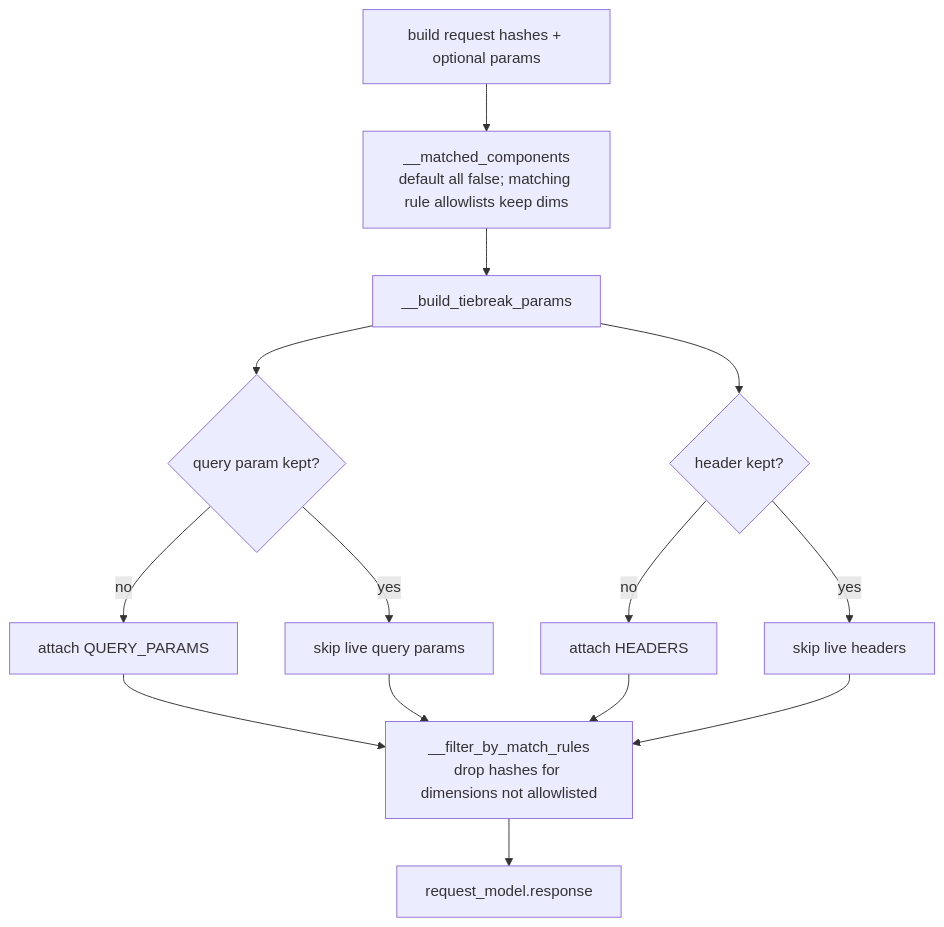
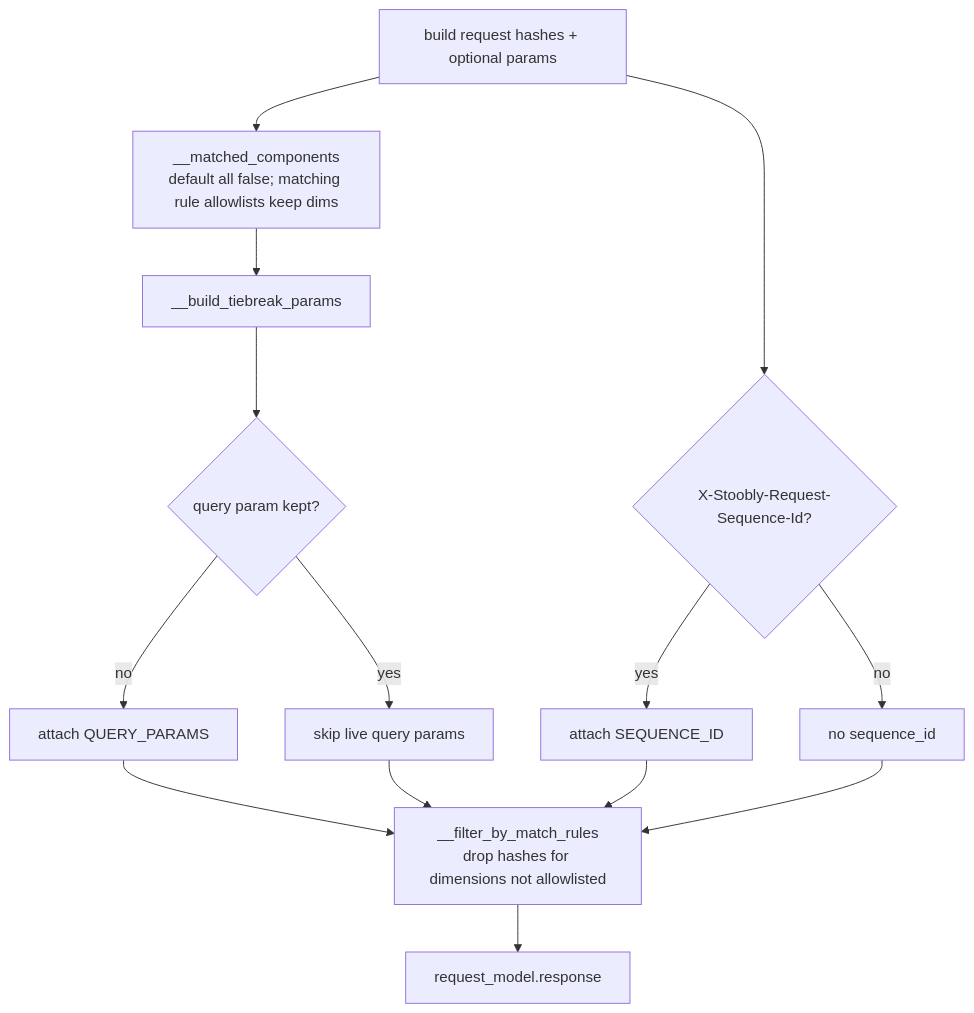
The third of 3 diagrams in docs/mock-request-matching.md (Stoobly/stoobly-agent), drawn with Mermaid before and after one commit. The commit also changed other lines of this file and 19 other files, not shown here.

Commit message:
Support request sequence_id column and tiebreak by sequence id

````diff
--- a/docs/mock-request-matching.md
+++ b/docs/mock-request-matching.md
@@ -159,19 +164,19 @@
 ```mermaid
 flowchart TB
   Build["build request hashes + optional params"]
   Keep["__matched_components<br/>default all false; matching rule allowlists keep dims"]
   Build --> Keep
   Keep --> TB["__build_tiebreak_params"]
   TB --> QP{query param kept?}
   QP -->|no| LQP[attach QUERY_PARAMS]
   QP -->|yes| SkipQ[skip live query params]
-  TB --> HD{header kept?}
-  HD -->|no| LH[attach HEADERS]
-  HD -->|yes| SkipH[skip live headers]
+  Build --> Seq{X-Stoobly-Request-Sequence-Id?}
+  Seq -->|yes| LS[attach SEQUENCE_ID]
+  Seq -->|no| SkipS[no sequence_id]
   LQP --> Filter
   SkipQ --> Filter
-  LH --> Filter
-  SkipH --> Filter
+  LS --> Filter
+  SkipS --> Filter
   Filter["__filter_by_match_rules<br/>drop hashes for dimensions not allowlisted"]
   Filter --> Resp[request_model.response]
 ```
````
